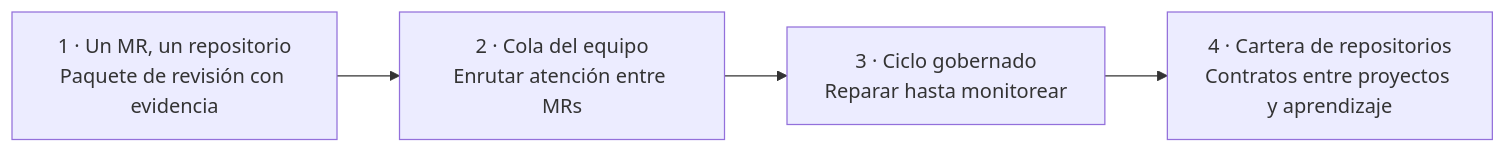
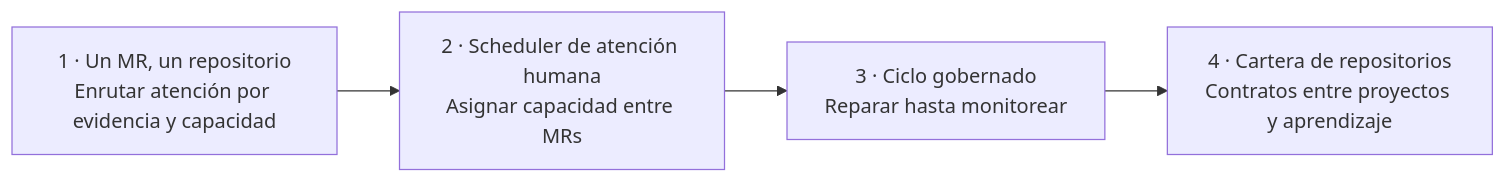
Before and after one commit to annatchijova/to-build-a-fire: the fifth of 5 diagrams in README.es.md, drawn with Mermaid. The commit also changed other lines of this file and 13 other files, not shown here.

````diff
--- a/README.es.md
+++ b/README.es.md
@@ -136,8 +161,8 @@
 ```mermaid
 flowchart LR
-    L1[1 · Un MR, un repositorio<br/>Paquete de revisión con evidencia]
-    L2[2 · Cola del equipo<br/>Enrutar atención entre MRs]
+    L1[1 · Un MR, un repositorio<br/>Enrutar atención por evidencia y capacidad]
+    L2[2 · Scheduler de atención humana<br/>Asignar capacidad entre MRs]
     L3[3 · Ciclo gobernado<br/>Reparar hasta monitorear]
     L4[4 · Cartera de repositorios<br/>Contratos entre proyectos y aprendizaje]
     L1 --> L2 --> L3 --> L4
 ```
````
